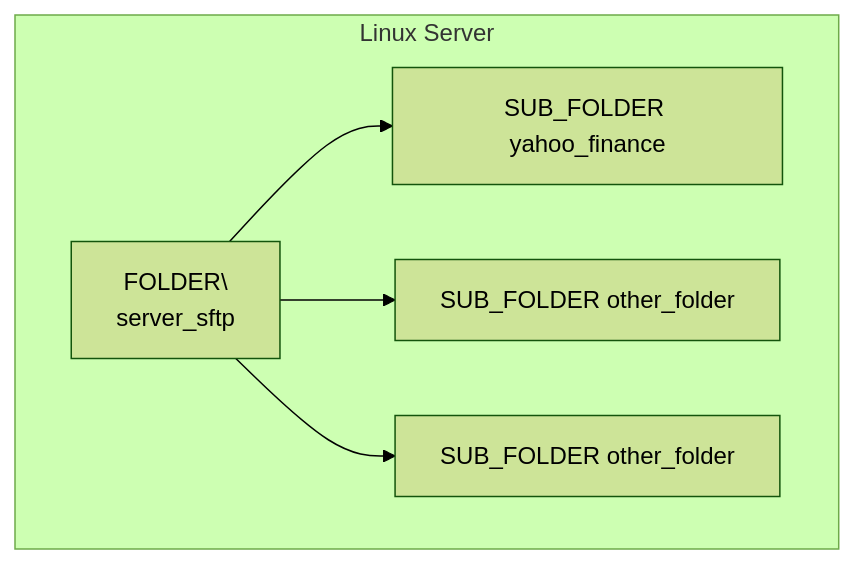
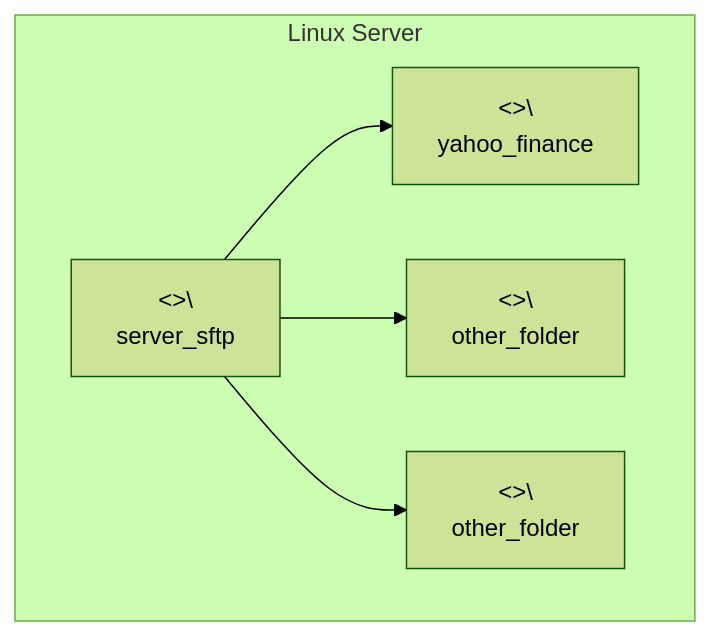
Before and after one commit to TrulyDigital/DATA_STREET: the second of 3 diagrams in server_sftp/README.md, drawn with Mermaid (forest theme).

Commit message:
update: server_sftp README.md

````diff
--- a/server_sftp/README.md
+++ b/server_sftp/README.md
@@ -14,13 +14,13 @@
 ```mermaid
 graph TD
     subgraph Contenedor_A [Linux Server]
-        A1[FOLDER\<br/> server_sftp]
-        A2[SUB_FOLDER yahoo_finance]
-        A3[SUB_FOLDER other_folder]
-        A4[SUB_FOLDER other_folder]
+        A1[<<FOLDER>>\<br/> server_sftp]
+        A2[<<SUB_FOLDER>>\<br/> yahoo_finance]
+        A3[<<SUB_FOLDER>>\<br/> other_folder]
+        A4[<<SUB_FOLDER>>\<br/> other_folder]
     end
 
     A1 --> A2
     A1 --> A3
     A1 --> A4
 ```
````
